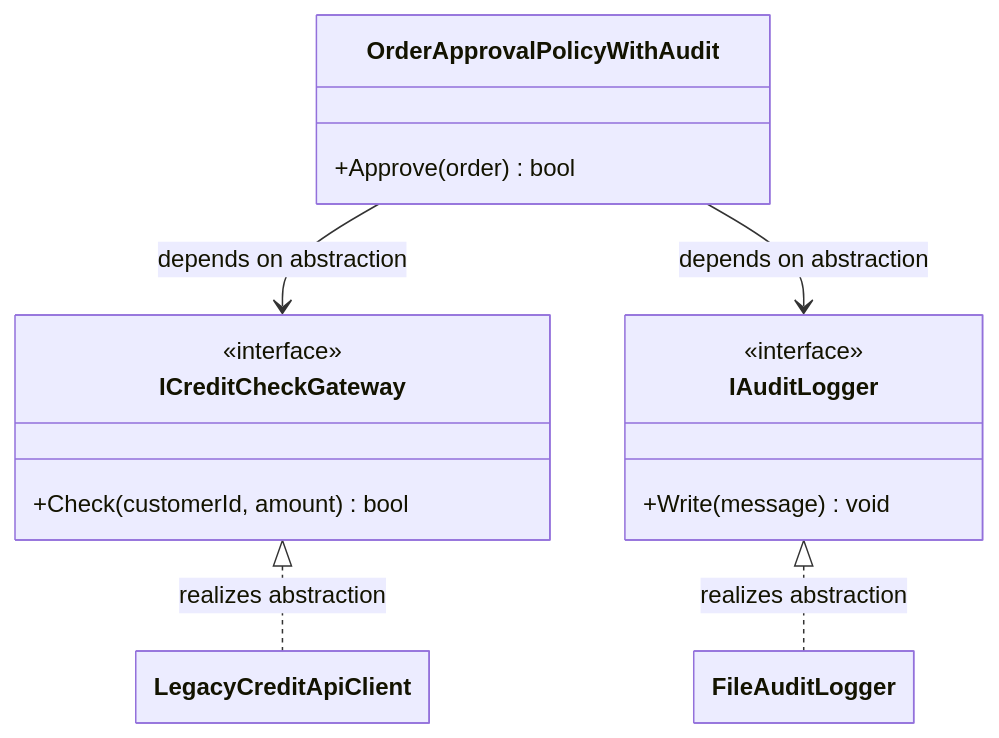
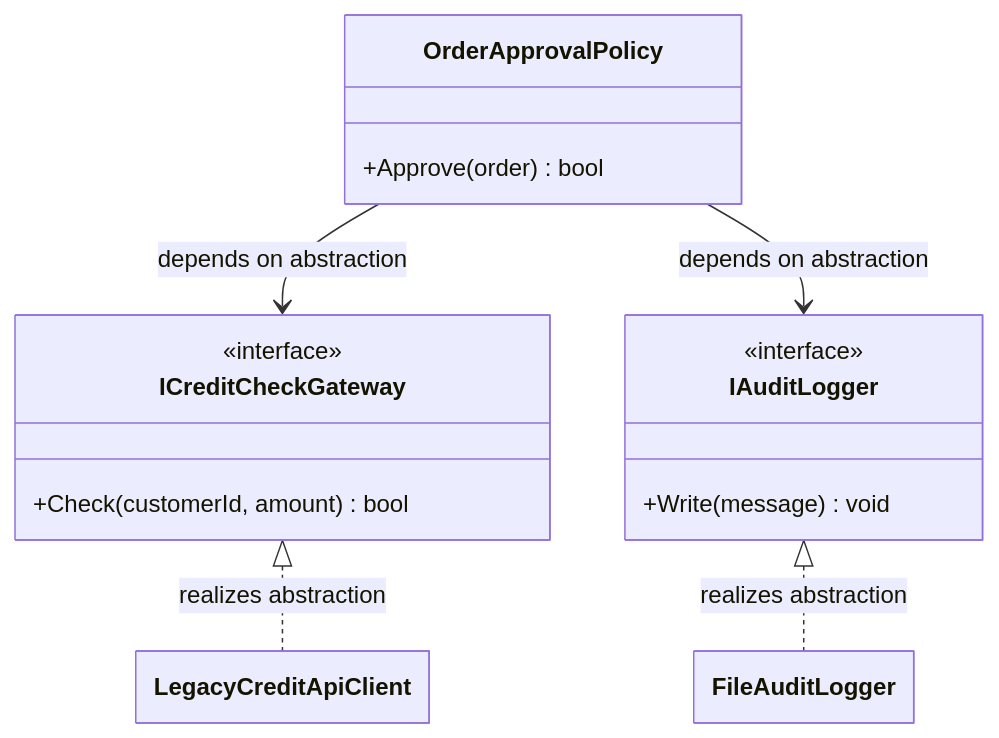
Before and after one commit to jeff-adkisson/swe-4743-spring-2026-oo-design: the seventh of 8 diagrams in presentations/09-dependency-inversion-principle.md, drawn with Mermaid. The commit also changed other lines of this file, not shown here.

````diff
--- a/presentations/09-dependency-inversion-principle.md
+++ b/presentations/09-dependency-inversion-principle.md
@@ -342,28 +375,28 @@
 ```mermaid
 ---
   config:
     class:
       hideEmptyMembersBox: true
 ---
 classDiagram
 direction TB
 
 class ICreditCheckGateway {
   <<interface>>
   +Check(customerId, amount) bool
 }
 class IAuditLogger {
   <<interface>>
   +Write(message) void
 }
-class OrderApprovalPolicyWithAudit {
+class OrderApprovalPolicy {
   +Approve(order) bool
 }
 class LegacyCreditApiClient
 class FileAuditLogger
 
-OrderApprovalPolicyWithAudit --> ICreditCheckGateway : depends on abstraction
-OrderApprovalPolicyWithAudit --> IAuditLogger : depends on abstraction
+OrderApprovalPolicy --> ICreditCheckGateway : depends on abstraction
+OrderApprovalPolicy --> IAuditLogger : depends on abstraction
 ICreditCheckGateway <|.. LegacyCreditApiClient : realizes abstraction
 IAuditLogger <|.. FileAuditLogger : realizes abstraction
 ```
````
